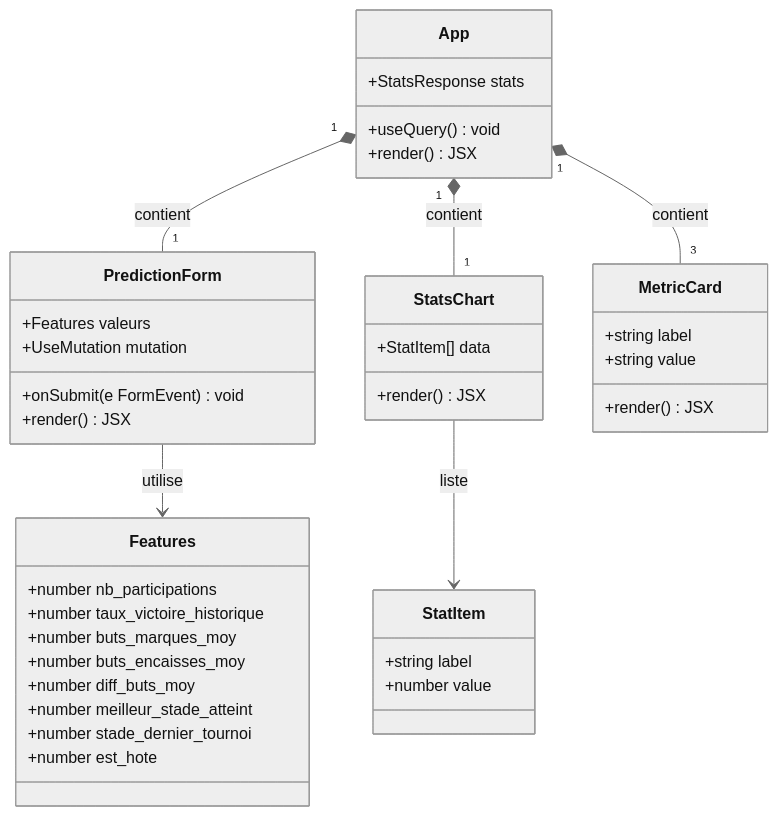
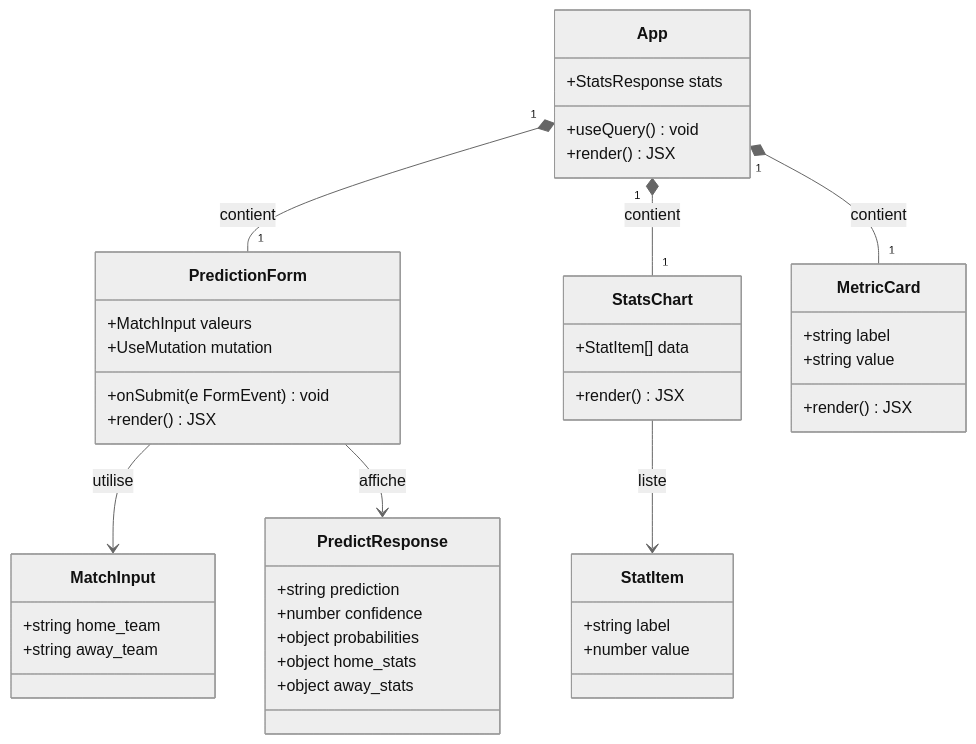
One commit to quentinete2/Data_ai_Foot_Quentin_Thibaud changed the second of 3 diagrams in Ressources/2.spec/04_frontend.md. Above: the diagram before and after it, drawn with Mermaid (neutral theme). The commit also changed other lines of this file and 11 other files, not shown here.

````diff
--- a/Ressources/2.spec/04_frontend.md
+++ b/Ressources/2.spec/04_frontend.md
@@ -85,48 +86,51 @@
 ```mermaid
 classDiagram
     class App {
         +StatsResponse stats
         +useQuery() void
         +render() JSX
     }
 
     class PredictionForm {
-        +Features valeurs
+        +MatchInput valeurs
         +UseMutation mutation
         +onSubmit(e FormEvent) void
         +render() JSX
     }
 
     class StatsChart {
         +StatItem[] data
         +render() JSX
     }
 
     class MetricCard {
         +string label
         +string value
         +render() JSX
     }
 
-    class Features {
-        +number nb_participations
-        +number taux_victoire_historique
-        +number buts_marques_moy
-        +number buts_encaisses_moy
-        +number diff_buts_moy
-        +number meilleur_stade_atteint
-        +number stade_dernier_tournoi
-        +number est_hote
+    class MatchInput {
+        +string home_team
+        +string away_team
+    }
+
+    class PredictResponse {
+        +string prediction
+        +number confidence
+        +object probabilities
+        +object home_stats
+        +object away_stats
     }
 
     class StatItem {
         +string label
         +number value
     }
 
     App "1" *-- "1" PredictionForm : contient
     App "1" *-- "1" StatsChart : contient
-    App "1" *-- "3" MetricCard : contient
-    PredictionForm --> Features : utilise
+    App "1" *-- "1" MetricCard : contient
+    PredictionForm --> MatchInput : utilise
+    PredictionForm --> PredictResponse : affiche
     StatsChart --> StatItem : liste
 ```
````
